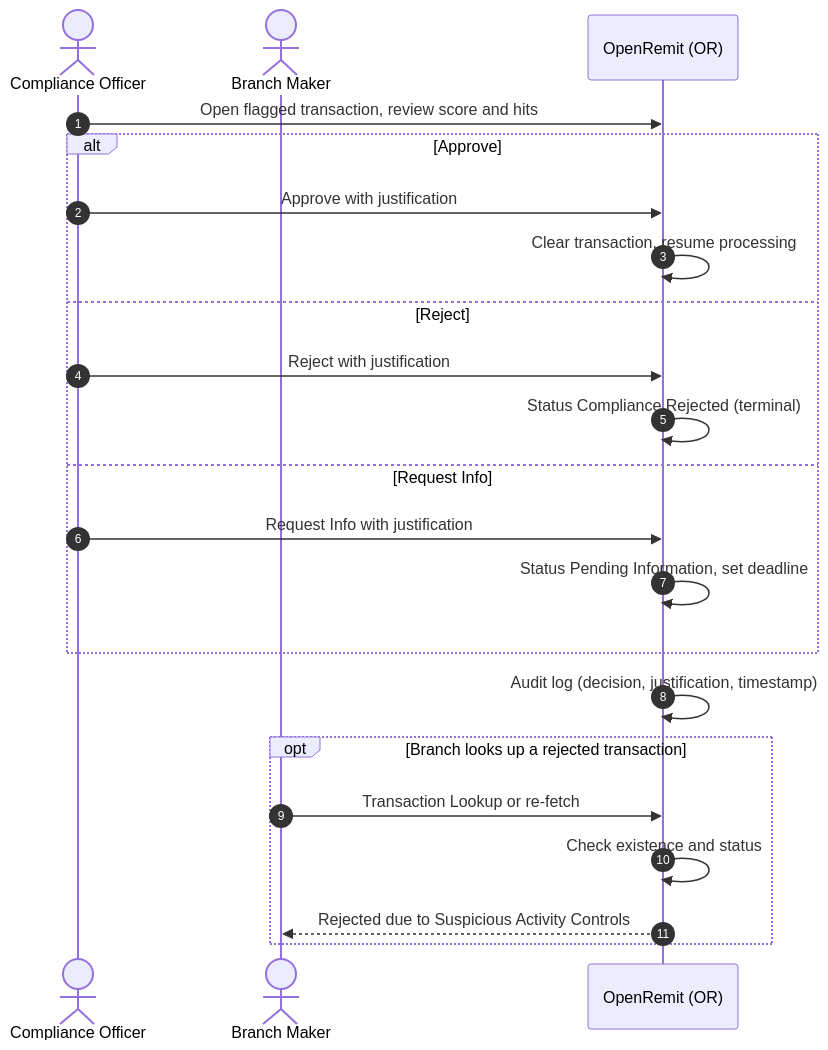
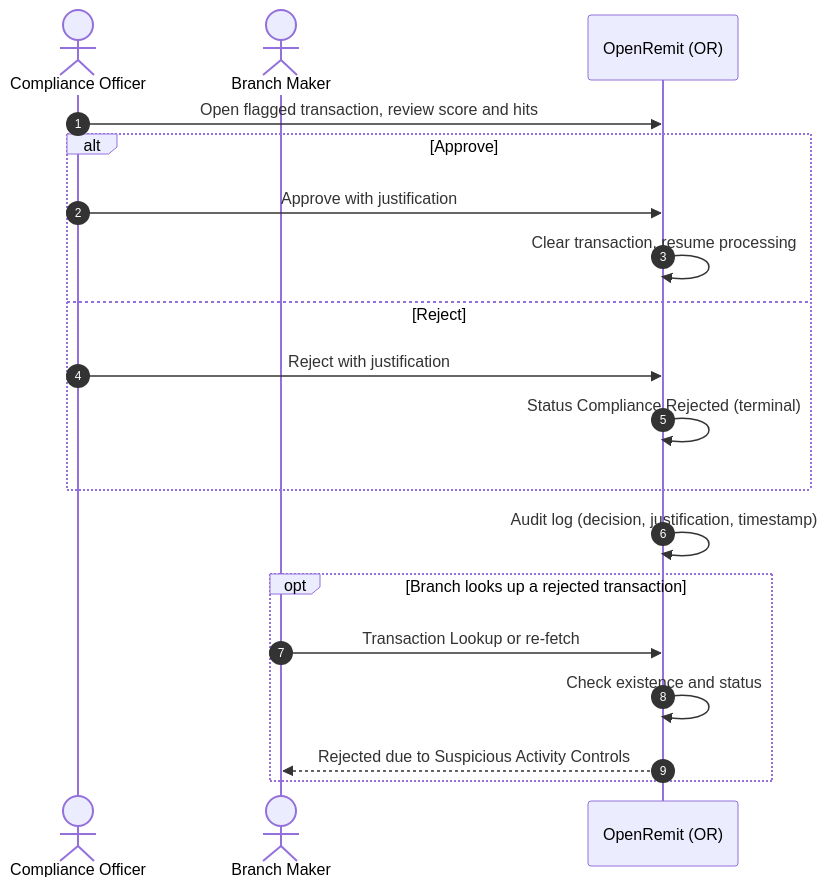
The diagram in docs/features/non-financial/suspicious-activity-controls.md (paysyslab/OpenRemit), drawn with Mermaid before and after one commit. The commit also changed other lines of this file and 37 other files, not shown here.

````diff
--- a/docs/features/non-financial/suspicious-activity-controls.md
+++ b/docs/features/non-financial/suspicious-activity-controls.md
@@ -58,26 +51,23 @@
 ```mermaid
 sequenceDiagram
     autonumber
     actor CO as Compliance Officer
     actor BM as Branch Maker
     participant OR as OpenRemit (OR)
 
     CO->>OR: Open flagged transaction, review score and hits
     alt Approve
         CO->>OR: Approve with justification
         OR->>OR: Clear transaction, resume processing
     else Reject
         CO->>OR: Reject with justification
         OR->>OR: Status Compliance Rejected (terminal)
-    else Request Info
-        CO->>OR: Request Info with justification
-        OR->>OR: Status Pending Information, set deadline
     end
     OR->>OR: Audit log (decision, justification, timestamp)
 
     opt Branch looks up a rejected transaction
         BM->>OR: Transaction Lookup or re-fetch
         OR->>OR: Check existence and status
         OR-->>BM: Rejected due to Suspicious Activity Controls
     end
 ```
````
